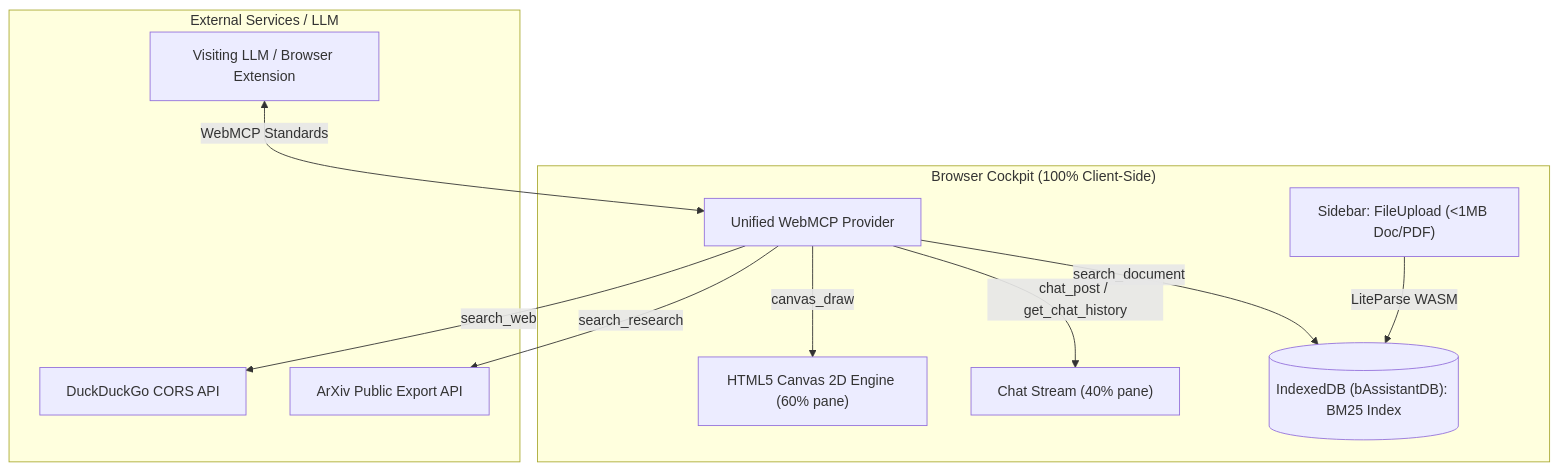
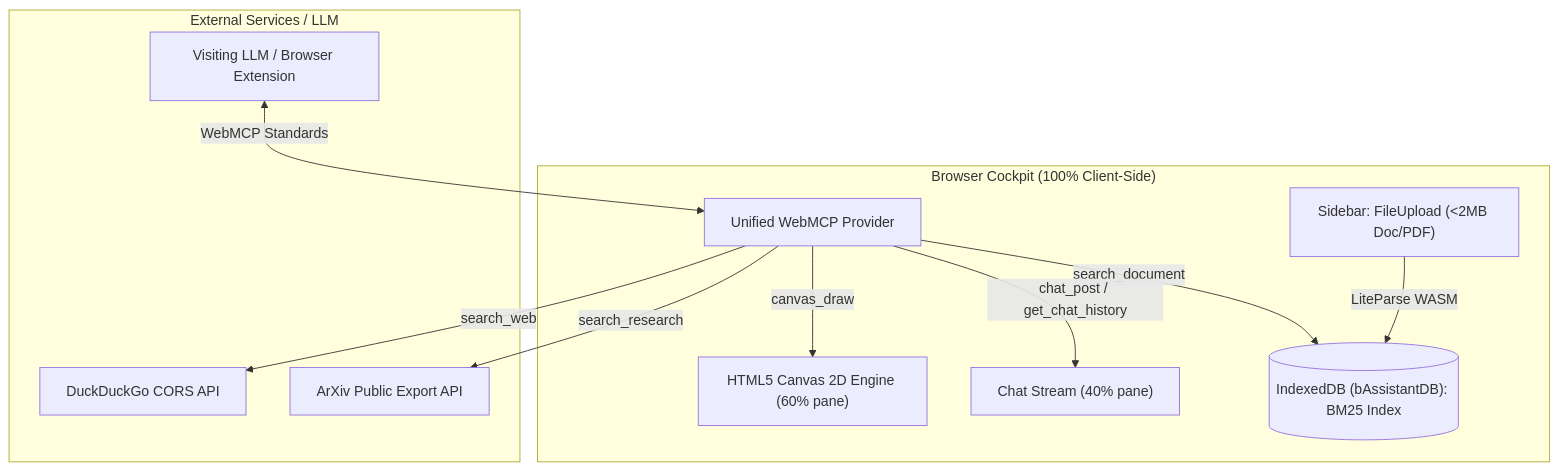
The diagram in docs/architecture.mdx (AmritSDutta/b_aassistant), drawn with Mermaid before and after one commit. The commit also changed 14 other files, not shown here.

Commit message:
resolving PDF binary bytecode leakage and expand upload limit to 2MB

````diff
--- a/docs/architecture.mdx
+++ b/docs/architecture.mdx
@@ -10,22 +10,22 @@
 ```mermaid
 flowchart TD
   subgraph Client["Browser Cockpit (100% Client-Side)"]
-    Sidebar["Sidebar: FileUpload (<1MB Doc/PDF)"]
+    Sidebar["Sidebar: FileUpload (<2MB Doc/PDF)"]
     Canvas["HTML5 Canvas 2D Engine (60% pane)"]
     Chat["Chat Stream (40% pane)"]
     IDB[("IndexedDB (bAssistantDB): BM25 Index")]
     Provider["Unified WebMCP Provider"]
   end
   subgraph External["External Services / LLM"]
     LLM["Visiting LLM / Browser Extension"]
     DDG["DuckDuckGo CORS API"]
     ArXiv["ArXiv Public Export API"]
   end
   Sidebar -->|LiteParse WASM| IDB
   LLM <-->|WebMCP Standards| Provider
   Provider -->|search_document| IDB
   Provider -->|canvas_draw| Canvas
   Provider -->|chat_post / get_chat_history| Chat
   Provider -->|search_web| DDG
   Provider -->|search_research| ArXiv
 ```
````
